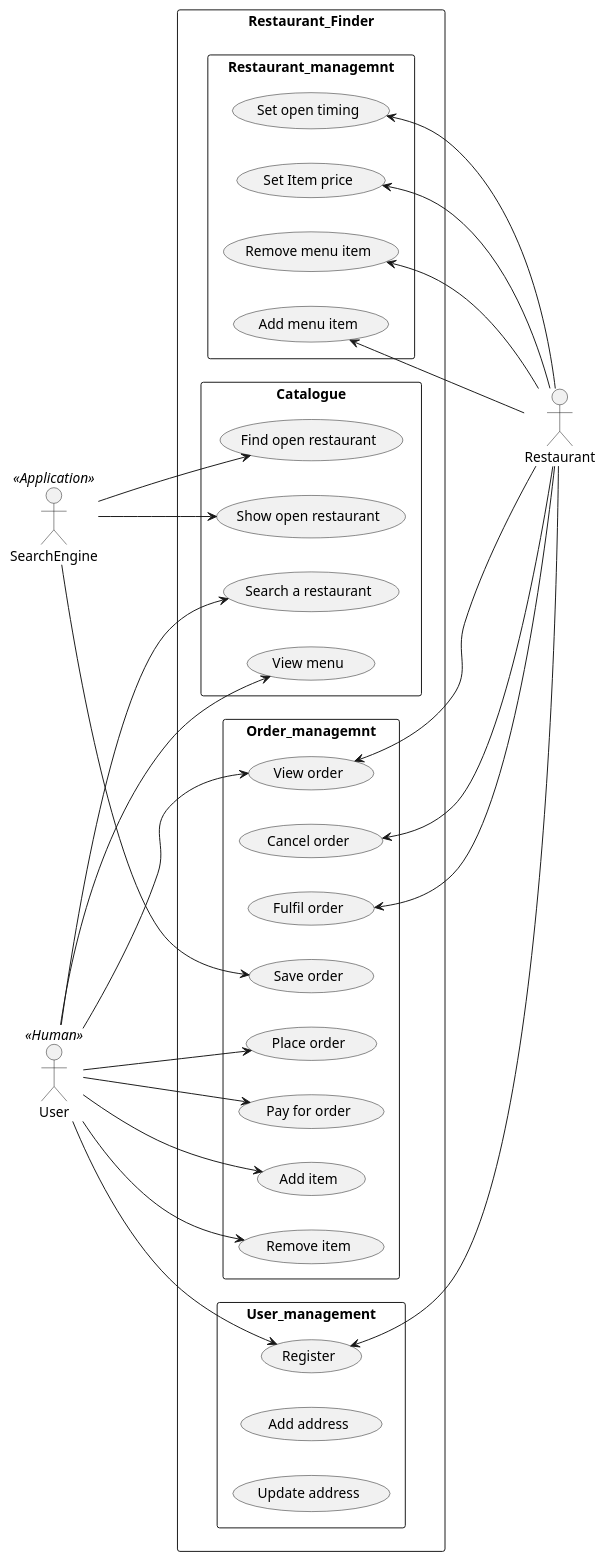
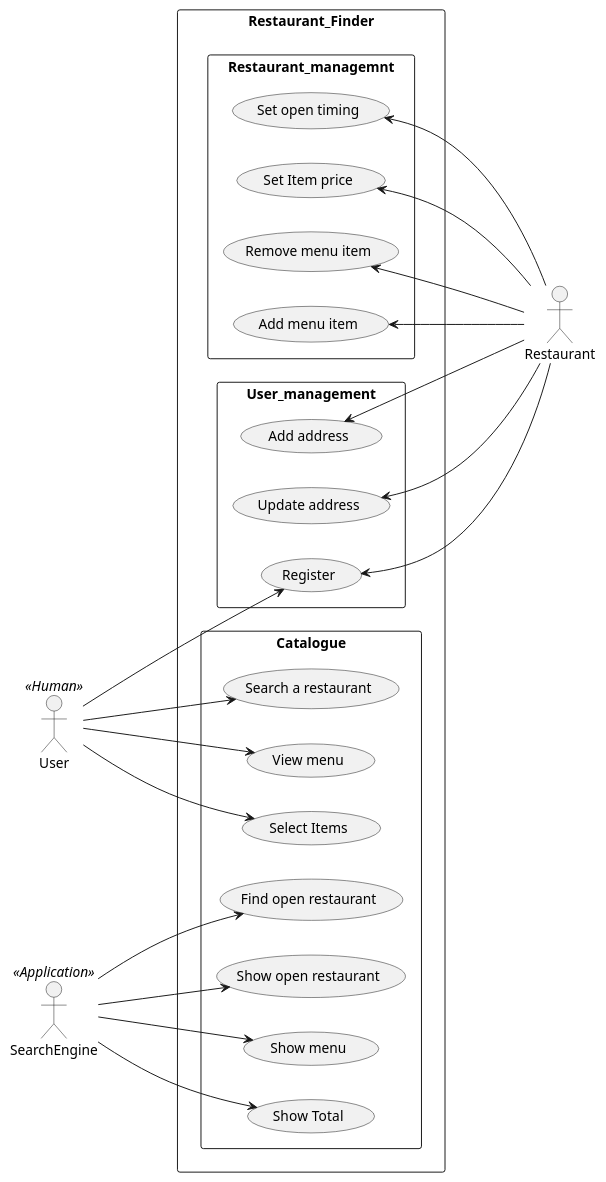
Before and after one commit to kkallapur/EPGP-Restaurant-finder: the diagram in puml/usecases.puml, drawn with PlantUML.

Commit message:
Updated as per requirements

```diff
--- a/puml/usecases.puml
+++ b/puml/usecases.puml
@@ -1,68 +1,56 @@
 @startuml
 left to right direction
 actor User <<Human>>
 actor Restaurant
 actor SearchEngine <<Application>>
 
 rectangle Restaurant_Finder{
 
 rectangle Restaurant_managemnt{
 usecase "Add menu item" as AddMenuItem
 usecase "Set Item price" as SetPrice
 usecase "Remove menu item" as RemMenuItem
 usecase "Set open timing" as TimingSet
 }
 
 rectangle Catalogue{
 usecase "Search a restaurant" as Search1
 usecase "Find open restaurant" as Search2
 usecase "Show open restaurant" as Search3
 usecase "View menu" as Search4
-}
-
-rectangle Order_managemnt{
-usecase "Add item" as Order1
-usecase "Remove item" as Order2
-usecase "Place order" as Order3
-usecase "Fulfil order" as Order4
-usecase "Cancel order" as Order5
-usecase "Pay for order" as Order6
-usecase "View order" as Order7
-usecase "Save order" as Order8
+usecase "Show menu" as Search5
+usecase "Select Items" as Search6
+usecase "Show Total" as Search7
 }
 
 rectangle User_management {
 usecase "Add address" as Reg2
 usecase "Update address" as Reg3
 usecase "Register" as Reg1
 }
 
 }
 
 Restaurant -up--> Reg1
-Restaurant -up--> Order4
-Restaurant -up--> Order5
-Restaurant -up--> Order7
+Restaurant -up--> Reg3
+Restaurant -up--> Reg2
 Restaurant -up--> AddMenuItem
 Restaurant -up--> RemMenuItem
 Restaurant -up--> SetPrice
 Restaurant -up--> TimingSet
 
 SearchEngine -down--> Search2
 SearchEngine -down--> Search3
-SearchEngine -down--> Order8
+SearchEngine -down--> Search5
+SearchEngine -down--> Search7
 
 User -down--> Reg1
 User -down--> Search1
 User -down--> Search4
-User -down--> Order1
-User -down--> Order2
-User -down--> Order3
-User -down--> Order6
-User -down--> Order7
+User -down--> Search6
 
 
 
 
 
 @enduml
```
